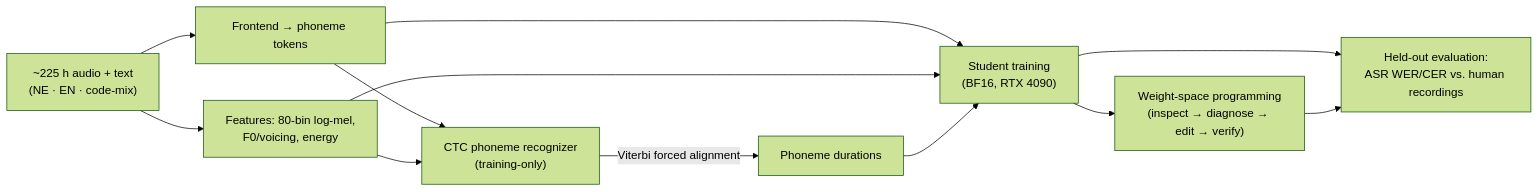
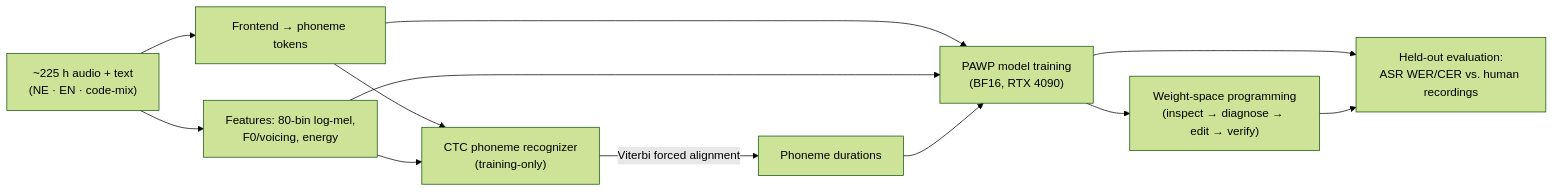
One commit to Firojpaudel/PAWP_TTS changed the second of 2 diagrams in README.md. Above: the diagram before and after it, drawn with Mermaid (forest theme). The commit also changed other lines of this file, not shown here.

Commit message:
docs: formalize PAWP-1.5M architecture naming throughout documentation

````diff
--- a/README.md
+++ b/README.md
@@ -105,14 +105,14 @@
 ```mermaid
 flowchart LR
     DATA["~225 h audio + text<br/>(NE · EN · code-mix)"] --> FE["Frontend → phoneme tokens"]
     DATA --> FX["Features: 80-bin log-mel,<br/>F0/voicing, energy"]
     FE --> CTC["CTC phoneme recognizer<br/>(training-only)"]
     FX --> CTC
     CTC -->|"Viterbi forced alignment"| DUR["Phoneme durations"]
-    FE --> STU["Student training<br/>(BF16, RTX 4090)"]
+    FE --> STU["PAWP model training<br/>(BF16, RTX 4090)"]
     FX --> STU
     DUR --> STU
     STU --> EVAL["Held-out evaluation:<br/>ASR WER/CER vs. human recordings"]
     STU --> WSP["Weight-space programming<br/>(inspect → diagnose → edit → verify)"]
     WSP --> EVAL
 ```
````
